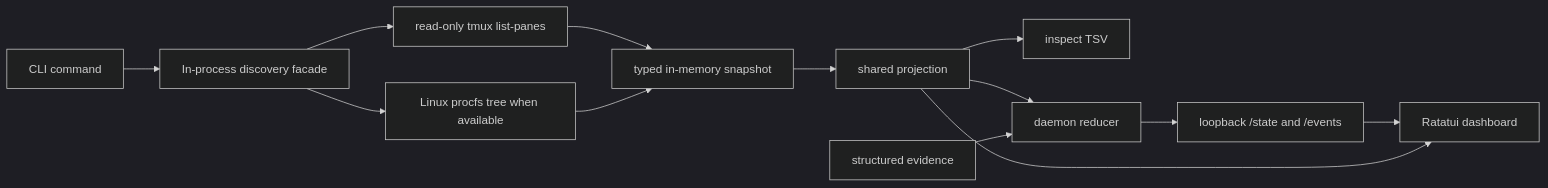
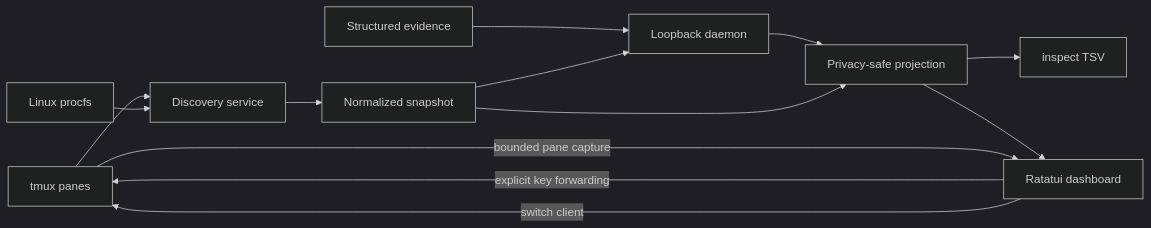
One commit to TheZero0-ctrl/agentmux changed the diagram in docs/architecture.md. Above: the diagram before and after it, drawn with Mermaid (dark theme). The commit also changed other lines of this file and 5 other files, not shown here.

````diff
--- a/docs/architecture.md
+++ b/docs/architecture.md
@@ -25,15 +7,15 @@
 ```mermaid
 flowchart LR
-  A[CLI command] --> B[In-process discovery facade]
-  B --> C[read-only tmux list-panes]
-  B --> D[Linux procfs tree when available]
-  C --> E[typed in-memory snapshot]
-  D --> E
-  E --> F[shared projection]
-  F --> G[inspect TSV]
-  F --> I[daemon reducer]
-  J[structured evidence] --> I
-  I --> K[loopback /state and /events]
-  K --> H[Ratatui dashboard]
-  F --> H
+    TMUX[tmux panes] --> DISCOVERY[Discovery service]
+    PROC[Linux procfs] --> DISCOVERY
+    DISCOVERY --> SNAPSHOT[Normalized snapshot]
+    EVIDENCE[Structured evidence] --> DAEMON[Loopback daemon]
+    SNAPSHOT --> DAEMON
+    DAEMON --> PROJECTION[Privacy-safe projection]
+    SNAPSHOT --> PROJECTION
+    PROJECTION --> INSPECT[inspect TSV]
+    PROJECTION --> DASHBOARD[Ratatui dashboard]
+    TMUX -->|bounded pane capture| DASHBOARD
+    DASHBOARD -->|explicit key forwarding| TMUX
+    DASHBOARD -->|switch client| TMUX
 ```
````
